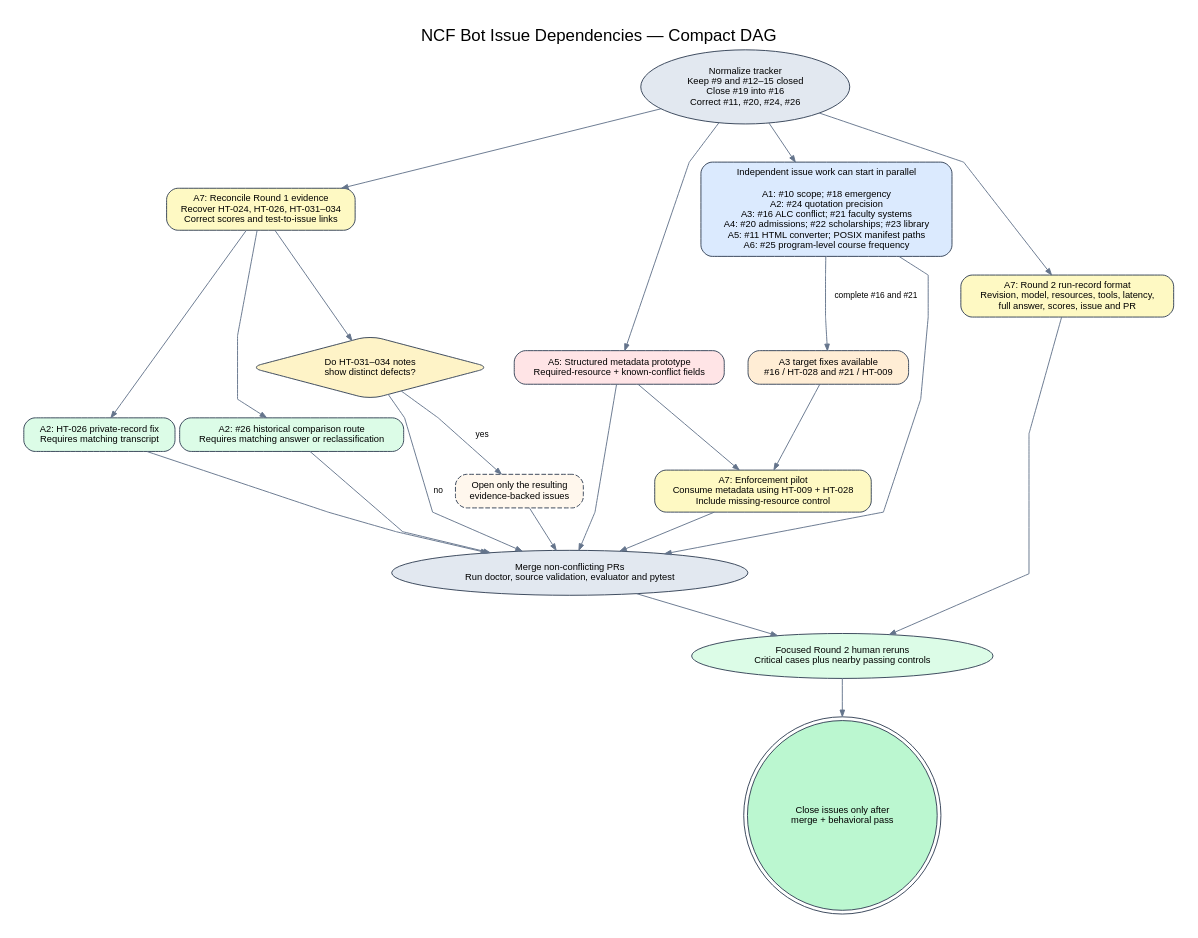
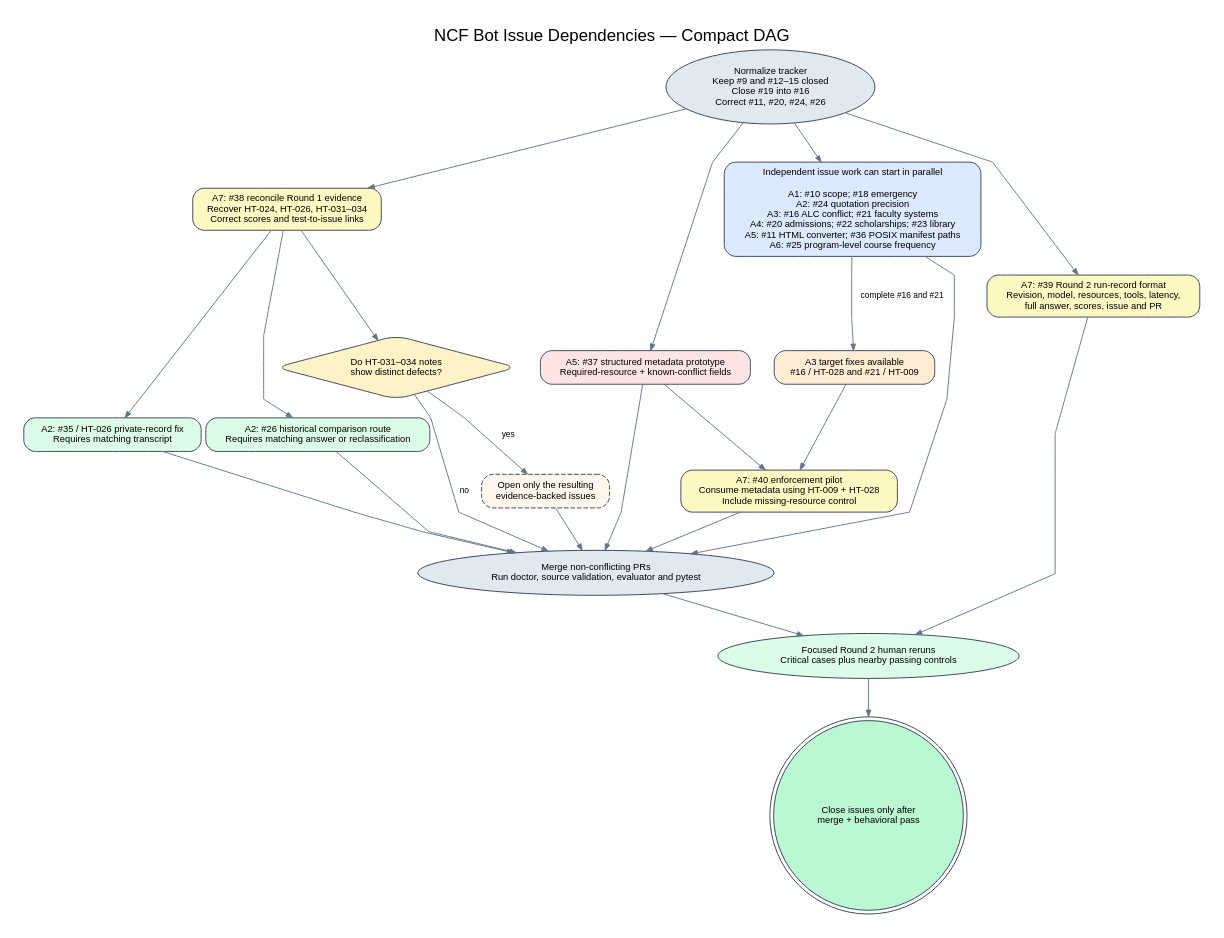
Before and after one commit to mhulden/ncfbot: the diagram in evaluations/ncfbot-issue-dependencies-summary.dot, drawn with Graphviz. The commit also changed 7 other files, not shown here.

Commit message:
Link dependency diagrams to issue numbers

```diff
--- a/evaluations/ncfbot-issue-dependencies-summary.dot
+++ b/evaluations/ncfbot-issue-dependencies-summary.dot
@@ -1,120 +1,120 @@
 digraph NCFBotIssueDependenciesSummary {
   graph [
     rankdir=TB,
     bgcolor="white",
     fontname="Helvetica",
     fontsize=18,
     label="NCF Bot Issue Dependencies — Compact DAG",
     labelloc=t,
     pad=0.25,
     nodesep=0.35,
     ranksep=0.55,
     splines=polyline
   ];
 
   node [
     shape=box,
     style="rounded,filled",
     color="#334155",
     fillcolor="white",
     fontname="Helvetica",
     fontsize=10,
     margin="0.14,0.09"
   ];
   edge [color="#64748b", fontname="Helvetica", fontsize=9, arrowsize=0.7];
 
   normalize [
     shape=oval,
     fillcolor="#e2e8f0",
     label="Normalize tracker\nKeep #9 and #12–15 closed\nClose #19 into #16\nCorrect #11, #20, #24, #26"
   ];
 
   independent [
     fillcolor="#dbeafe",
-    label="Independent issue work can start in parallel\n\nA1: #10 scope; #18 emergency\nA2: #24 quotation precision\nA3: #16 ALC conflict; #21 faculty systems\nA4: #20 admissions; #22 scholarships; #23 library\nA5: #11 HTML converter; POSIX manifest paths\nA6: #25 program-level course frequency"
+    label="Independent issue work can start in parallel\n\nA1: #10 scope; #18 emergency\nA2: #24 quotation precision\nA3: #16 ALC conflict; #21 faculty systems\nA4: #20 admissions; #22 scholarships; #23 library\nA5: #11 HTML converter; #36 POSIX manifest paths\nA6: #25 program-level course frequency"
   ];
 
   evidence [
     fillcolor="#fef9c3",
-    label="A7: Reconcile Round 1 evidence\nRecover HT-024, HT-026, HT-031–034\nCorrect scores and test-to-issue links"
+    label="A7: #38 reconcile Round 1 evidence\nRecover HT-024, HT-026, HT-031–034\nCorrect scores and test-to-issue links"
   ];
 
   private_answer [
     fillcolor="#dcfce7",
-    label="A2: HT-026 private-record fix\nRequires matching transcript"
+    label="A2: #35 / HT-026 private-record fix\nRequires matching transcript"
   ];
   history_route [
     fillcolor="#dcfce7",
     label="A2: #26 historical comparison route\nRequires matching answer or reclassification"
   ];
   ambiguity [
     shape=diamond,
     fillcolor="#fef3c7",
     label="Do HT-031–034 notes\nshow distinct defects?"
   ];
   followups [
     style="rounded,dashed,filled",
     fillcolor="#fff7ed",
     label="Open only the resulting\nevidence-backed issues"
   ];
 
   metadata [
     fillcolor="#ffe4e6",
-    label="A5: Structured metadata prototype\nRequired-resource + known-conflict fields"
+    label="A5: #37 structured metadata prototype\nRequired-resource + known-conflict fields"
   ];
   faculty_targets [
     fillcolor="#ffedd5",
     label="A3 target fixes available\n#16 / HT-028 and #21 / HT-009"
   ];
   enforcement [
     fillcolor="#fef9c3",
-    label="A7: Enforcement pilot\nConsume metadata using HT-009 + HT-028\nInclude missing-resource control"
+    label="A7: #40 enforcement pilot\nConsume metadata using HT-009 + HT-028\nInclude missing-resource control"
   ];
 
   run_record [
     fillcolor="#fef9c3",
-    label="A7: Round 2 run-record format\nRevision, model, resources, tools, latency,\nfull answer, scores, issue and PR"
+    label="A7: #39 Round 2 run-record format\nRevision, model, resources, tools, latency,\nfull answer, scores, issue and PR"
   ];
 
   integrate [
     shape=oval,
     fillcolor="#e2e8f0",
     label="Merge non-conflicting PRs\nRun doctor, source validation, evaluator and pytest"
   ];
   rerun [
     shape=oval,
     fillcolor="#dcfce7",
     label="Focused Round 2 human reruns\nCritical cases plus nearby passing controls"
   ];
   closeout [
     shape=doublecircle,
     fillcolor="#bbf7d0",
     label="Close issues only after\nmerge + behavioral pass"
   ];
 
   normalize -> independent;
   normalize -> evidence;
   normalize -> metadata;
   normalize -> run_record;
 
   evidence -> private_answer;
   evidence -> history_route;
   evidence -> ambiguity;
   ambiguity -> followups [label="yes"];
   ambiguity -> integrate [label="no"];
   followups -> integrate;
 
   independent -> faculty_targets [label="complete #16 and #21"];
   metadata -> enforcement;
   faculty_targets -> enforcement;
 
   independent -> integrate;
   private_answer -> integrate;
   history_route -> integrate;
   metadata -> integrate;
   enforcement -> integrate;
 
   integrate -> rerun;
   run_record -> rerun;
   rerun -> closeout;
 }
```
